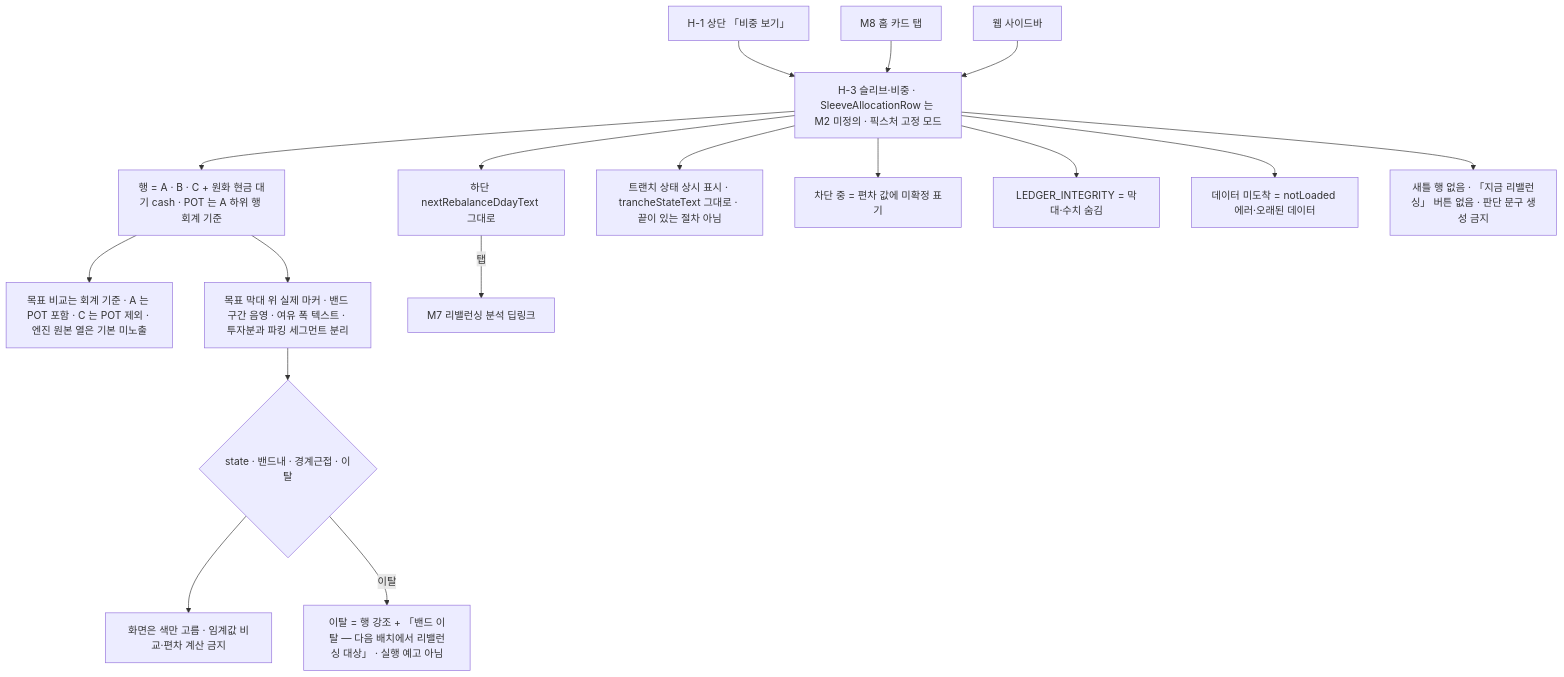
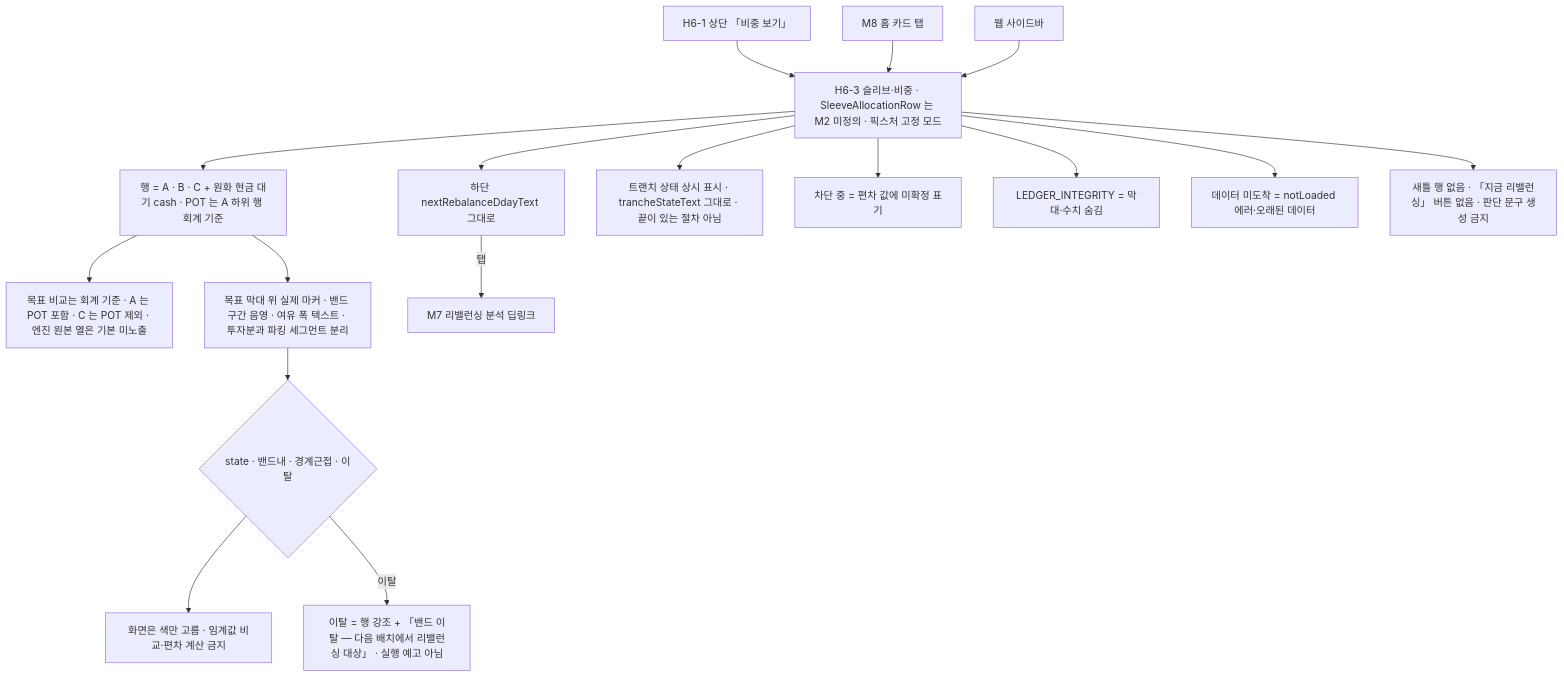
Before and after one commit to billybeom/AutoAlphaQuant: diagram 24 of 27 in docs/ai-context/02_화면명세_M6_매매일지_보유현황.md, drawn with Mermaid. The commit also changed other lines of this file and 17 other files, not shown here.

````diff
--- a/docs/ai-context/02_화면명세_M6_매매일지_보유현황.md
+++ b/docs/ai-context/02_화면명세_M6_매매일지_보유현황.md
@@ -1362,36 +1370,36 @@
 ```mermaid
 flowchart TD
-  IN1["H-1 상단 「비중 보기」"]
+  IN1["H6-1 상단 「비중 보기」"]
   IN2["M8 홈 카드 탭"]
   IN3["웹 사이드바"]
-  H3["H-3 슬리브·비중 · SleeveAllocationRow 는 M2 미정의 · 픽스처 고정 모드"]
+  H3["H6-3 슬리브·비중 · SleeveAllocationRow 는 M2 미정의 · 픽스처 고정 모드"]
   ROWS["행 = A · B · C + 원화 현금 대기 cash · POT 는 A 하위 행 회계 기준"]
   BASIS["목표 비교는 회계 기준 · A 는 POT 포함 · C 는 POT 제외 · 엔진 원본 열은 기본 미노출"]
   BAR["목표 막대 위 실제 마커 · 밴드 구간 음영 · 여유 폭 텍스트 · 투자분과 파킹 세그먼트 분리"]
   COLOR{"state · 밴드내 · 경계근접 · 이탈"}
   PAINT["화면은 색만 고름 · 임계값 비교·편차 계산 금지"]
   OUT["이탈 = 행 강조 + 「밴드 이탈 — 다음 배치에서 리밸런싱 대상」 · 실행 예고 아님"]
   DDAY["하단 nextRebalanceDdayText 그대로"]
   M7["M7 리밸런싱 분석 딥링크"]
   TRANCHE["트랜치 상태 상시 표시 · trancheStateText 그대로 · 끝이 있는 절차 아님"]
   MASK["차단 중 = 편차 값에 미확정 표기"]
   HIDE["LEDGER_INTEGRITY = 막대·수치 숨김"]
   NL["데이터 미도착 = notLoaded 에러·오래된 데이터"]
   NOBTN["새틀 행 없음 · 「지금 리밸런싱」 버튼 없음 · 판단 문구 생성 금지"]
   IN1 --> H3
   IN2 --> H3
   IN3 --> H3
   H3 --> ROWS
   ROWS --> BASIS
   ROWS --> BAR
   BAR --> COLOR
   COLOR --> PAINT
   COLOR -->|"이탈"| OUT
   H3 --> DDAY
   DDAY -->|"탭"| M7
   H3 --> TRANCHE
   H3 --> MASK
   H3 --> HIDE
   H3 --> NL
   H3 --> NOBTN
 ```
````
